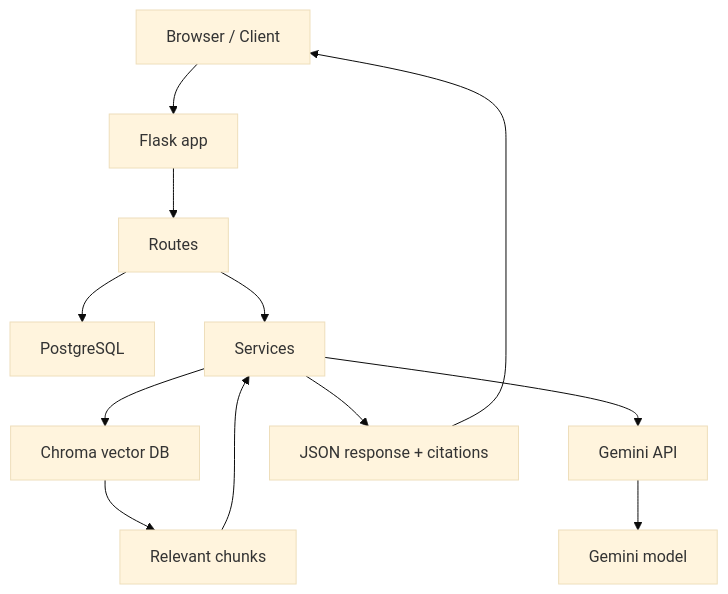
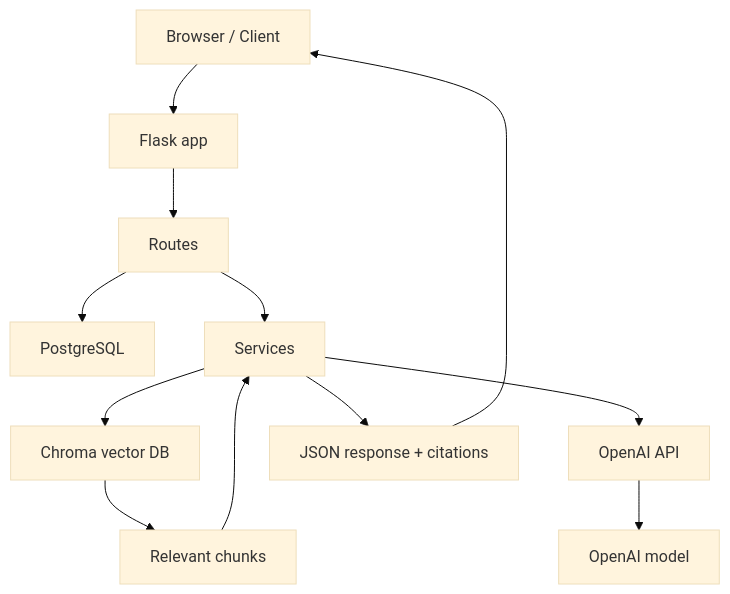
One commit to Dorjnyam/rag_chatbot_try changed the second of 2 diagrams in documentation/01-rag-architecture.md. Above: the diagram before and after it, drawn with Mermaid (base theme). The commit also changed other lines of this file and 50 other files, not shown here.

````diff
--- a/documentation/01-rag-architecture.md
+++ b/documentation/01-rag-architecture.md
@@ -55,14 +55,14 @@
 ```mermaid
 flowchart TB
     Browser["Browser / Client"] --> Flask["Flask app"]
     Flask --> Routes["Routes"]
     Routes --> Postgres["PostgreSQL"]
     Routes --> Services["Services"]
     Services --> Chroma["Chroma vector DB"]
-    Services --> Gemini["Gemini API"]
-    Gemini --> LLM["Gemini model"]
+    Services --> OpenAI["OpenAI API"]
+    OpenAI --> LLM["OpenAI model"]
     Chroma --> Retrieved["Relevant chunks"]
     Retrieved --> Services
     Services --> Response["JSON response + citations"]
     Response --> Browser
 ```
````
